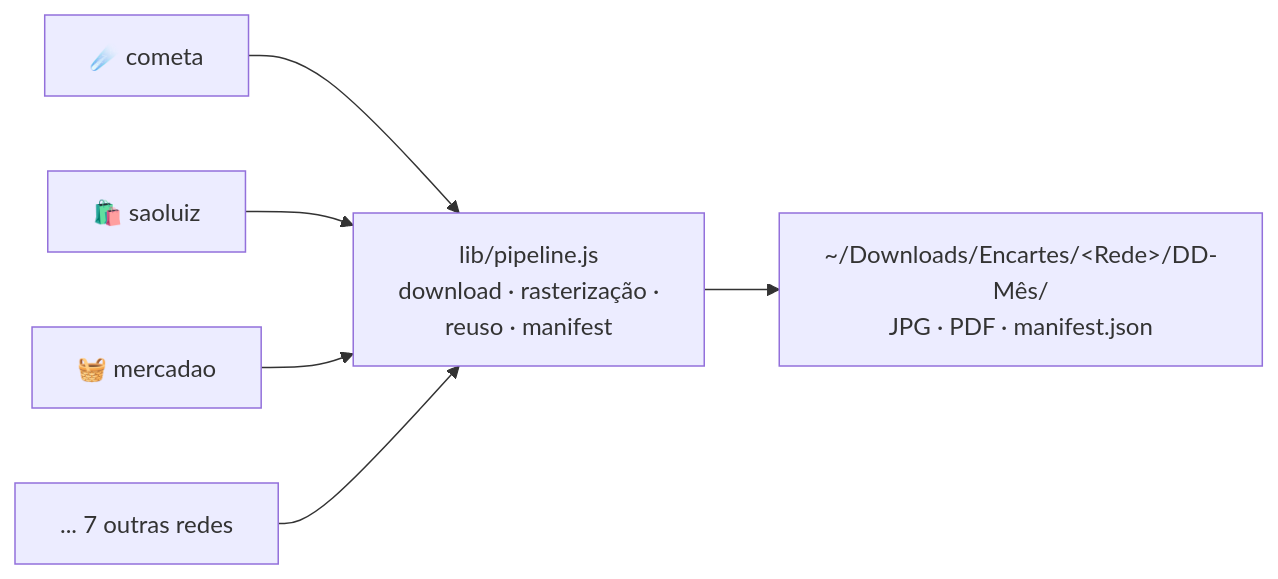
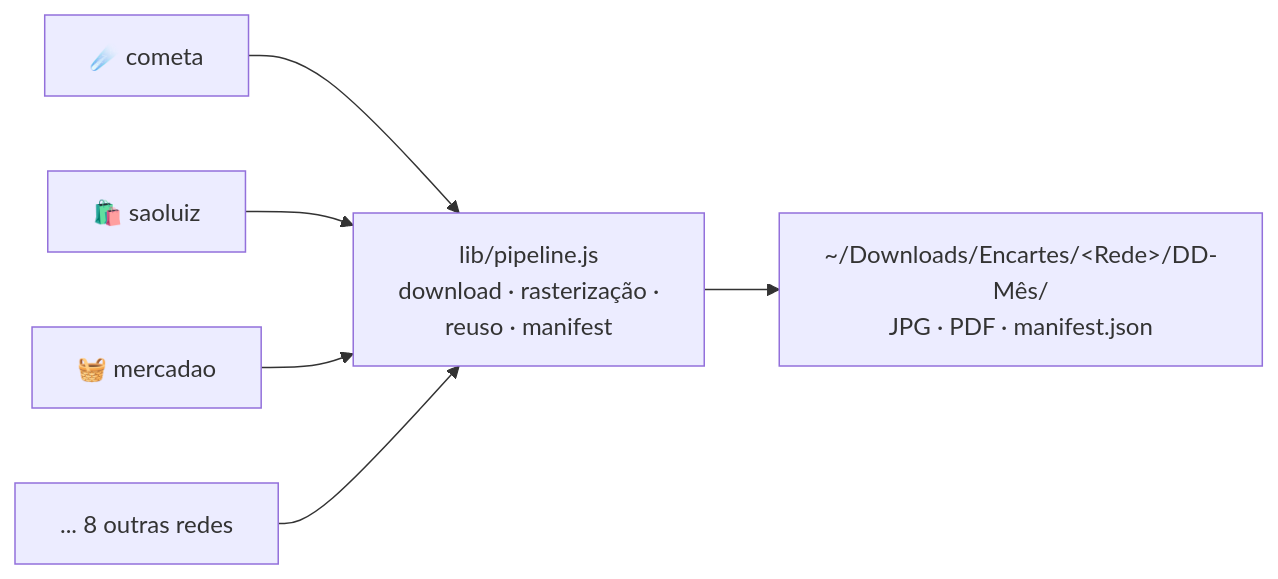
One commit to mouraod/promocoes-supermercados-fortaleza changed the diagram in README.md. Above: the diagram before and after it, drawn with Mermaid. The commit also changed other lines of this file and 8 other files, not shown here.

````diff
--- a/README.md
+++ b/README.md
@@ -97,8 +99,8 @@
 ```mermaid
 flowchart LR
   C["☄️ cometa"] --> P["lib/pipeline.js<br>download · rasterização ·<br>reuso · manifest"]
   S["🛍️ saoluiz"] --> P
   M["🧺 mercadao"] --> P
-  X["... 7 outras redes"] --> P
+  X["... 8 outras redes"] --> P
   P --> O["~/Downloads/Encartes/&lt;Rede&gt;/DD-Mês/<br>JPG · PDF · manifest.json"]
 ```
````
